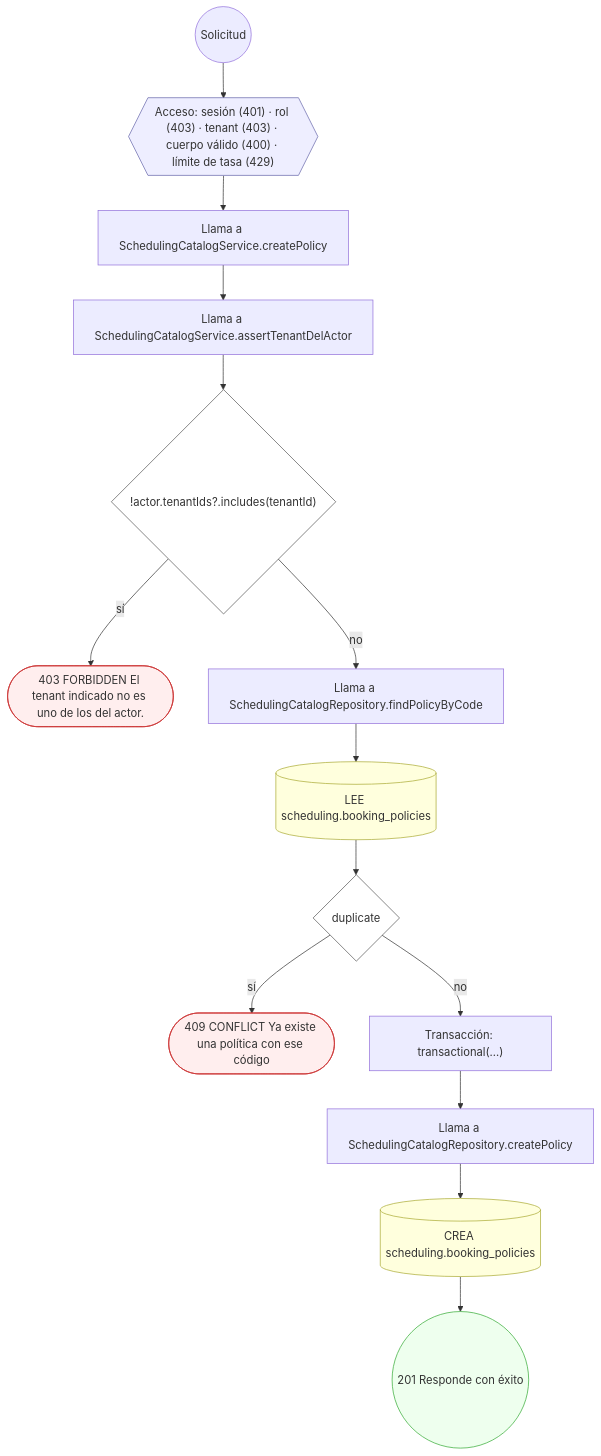
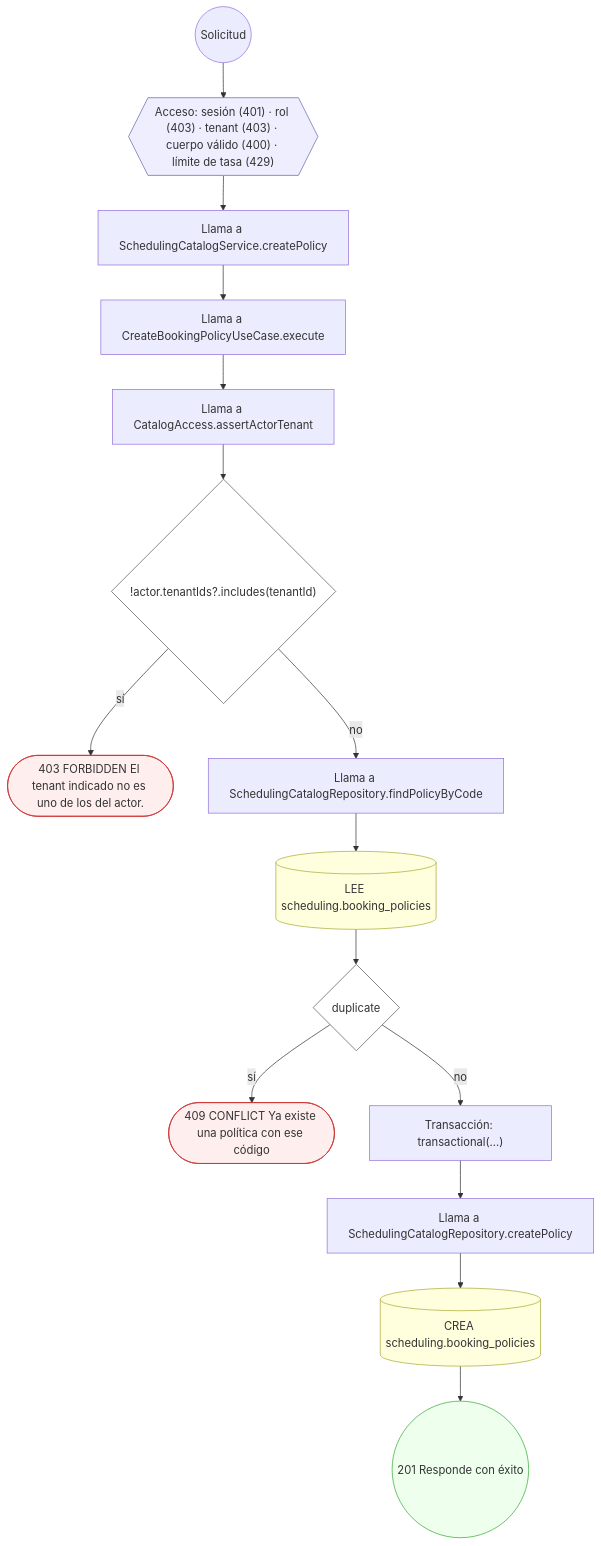
Before and after one commit to mdavila-2001/mantra-core-health-api: the eighth of 57 diagrams in docs/inventario/flujos/scheduling.md, drawn with Mermaid. The commit also changed other lines of this file and 451 other files, not shown here.

First line of the commit message:
chore(data_catalog): contrato OpenAPI, inventario y pruebas al día con el diseño del #660

````diff
--- a/docs/inventario/flujos/scheduling.md
+++ b/docs/inventario/flujos/scheduling.md
@@ -954,36 +1151,38 @@
 ```mermaid
 flowchart TD
   n1(("Solicitud")):::inicio
   n2{{"Acceso: sesión (401) · rol (403) · tenant (403) · cuerpo válido (400) · límite de tasa (429)"}}:::acceso
   n1 --> n2
   n3["Llama a SchedulingCatalogService.createPolicy"]:::llamada
   n2 --> n3
-  n4["Llama a SchedulingCatalogService.assertTenantDelActor"]:::llamada
+  n4["Llama a CreateBookingPolicyUseCase.execute"]:::llamada
   n3 --> n4
-  n5{"!actor.tenantIds?.includes(tenantId)"}:::decision
+  n5["Llama a CatalogAccess.assertActorTenant"]:::llamada
   n4 --> n5
-  n6(["403 FORBIDDEN El tenant indicado no es uno de los del actor."]):::error
-  n5 -->|"sí"| n6
-  n7["Llama a SchedulingCatalogRepository.findPolicyByCode"]:::llamada
-  n5 -->|"no"| n7
-  n8[("LEE scheduling.booking_policies")]:::efecto
-  n7 --> n8
-  n9{"duplicate"}:::decision
+  n6{"!actor.tenantIds?.includes(tenantId)"}:::decision
+  n5 --> n6
+  n7(["403 FORBIDDEN El tenant indicado no es uno de los del actor."]):::error
+  n6 -->|"sí"| n7
+  n8["Llama a SchedulingCatalogRepository.findPolicyByCode"]:::llamada
+  n6 -->|"no"| n8
+  n9[("LEE scheduling.booking_policies")]:::efecto
   n8 --> n9
-  n10(["409 CONFLICT Ya existe una política con ese código"]):::error
-  n9 -->|"sí"| n10
-  n11["Transacción: transactional(…)"]:::transaccion
-  n9 -->|"no"| n11
-  n12["Llama a SchedulingCatalogRepository.createPolicy"]:::llamada
-  n11 --> n12
-  n13[("CREA scheduling.booking_policies")]:::efecto
+  n10{"duplicate"}:::decision
+  n9 --> n10
+  n11(["409 CONFLICT Ya existe una política con ese código"]):::error
+  n10 -->|"sí"| n11
+  n12["Transacción: transactional(…)"]:::transaccion
+  n10 -->|"no"| n12
+  n13["Llama a SchedulingCatalogRepository.createPolicy"]:::llamada
   n12 --> n13
-  n14(("201 Responde con éxito")):::ok
+  n14[("CREA scheduling.booking_policies")]:::efecto
   n13 --> n14
+  n15(("201 Responde con éxito")):::ok
+  n14 --> n15
   classDef acceso fill:#eef,stroke:#66a
   classDef error fill:#fee,stroke:#c33
   classDef ok fill:#efe,stroke:#3a3
   classDef efecto fill:#ffd,stroke:#aa3
   classDef decision fill:#fff,stroke:#555
   classDef corte fill:#eee,stroke:#999,stroke-dasharray: 4
 ```
````
